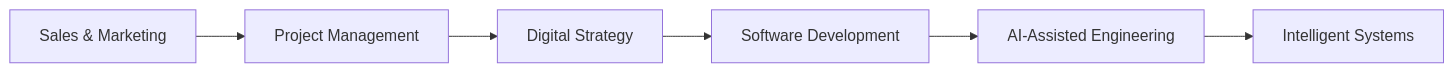
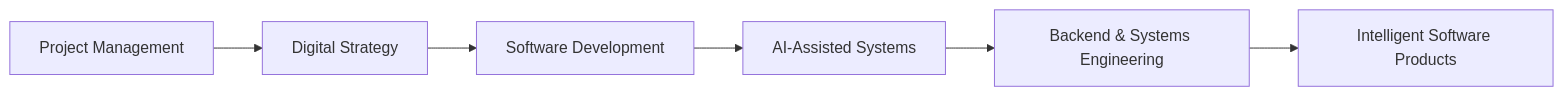
The diagram in README.md (Fullsurwa/Fullsurwa), drawn with Mermaid before and after one commit. The commit also changed other lines of this file, not shown here.

````diff
--- a/README.md
+++ b/README.md
@@ -54,8 +235,8 @@
 ```mermaid
 flowchart LR
-    A[Sales & Marketing] --> B[Project Management]
-    B --> C[Digital Strategy]
-    C --> D[Software Development]
-    D --> E[AI-Assisted Engineering]
-    E --> F[Intelligent Systems]
+    A[Project Management] --> B[Digital Strategy]
+    B --> C[Software Development]
+    C --> D[AI-Assisted Systems]
+    D --> E[Backend & Systems Engineering]
+    E --> F[Intelligent Software Products]
 ```
````
